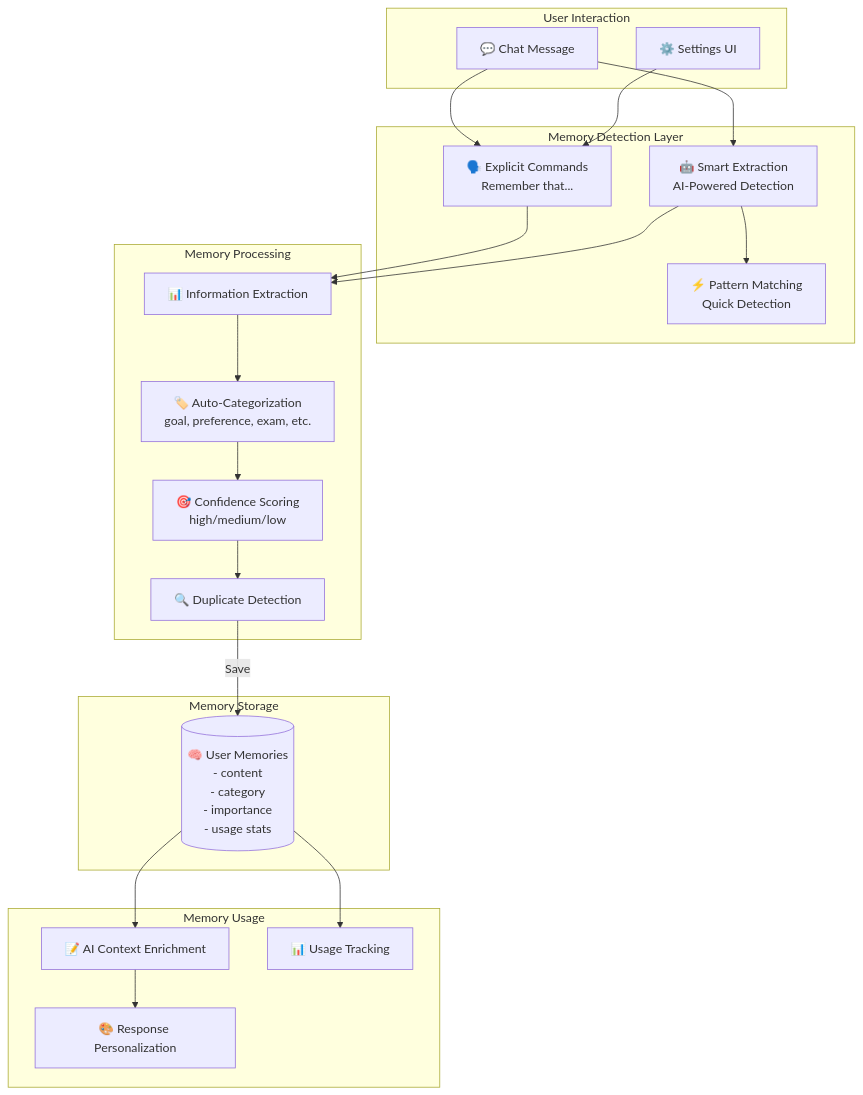
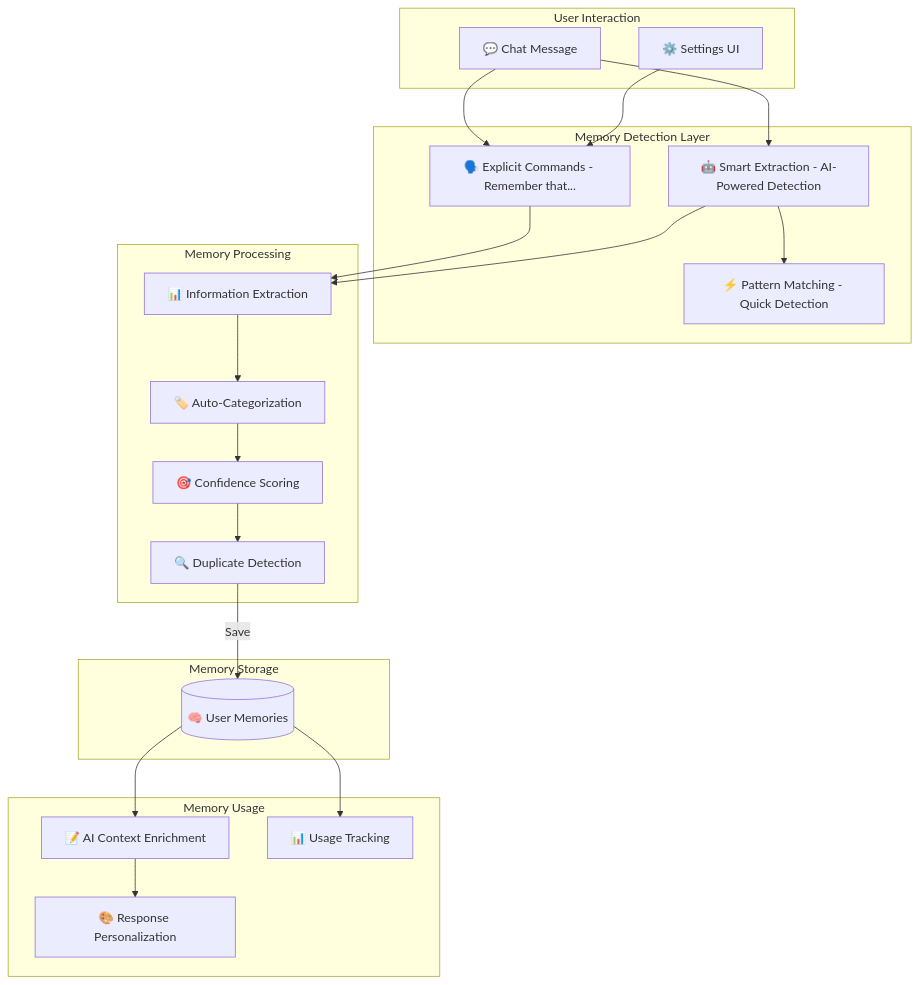
One commit to MANASMATHUR/Indicore-2.0-UPSC changed the third of 4 diagrams in docs/architecture.md. Above: the diagram before and after it, drawn with Mermaid. The commit also changed other lines of this file, not shown here.

Commit message:
Architecture update to resolve mermaid.js issues

````diff
--- a/docs/architecture.md
+++ b/docs/architecture.md
@@ -126,46 +126,46 @@
 ```mermaid
 graph TB
     subgraph "User Interaction"
-        Chat[💬 Chat Message]
-        UI[⚙️ Settings UI]
+        Chat["💬 Chat Message"]
+        UI["⚙️ Settings UI"]
     end
     
     subgraph "Memory Detection Layer"
-        Explicit[🗣️ Explicit Commands<br/>Remember that...]
-        Smart[🤖 Smart Extraction<br/>AI-Powered Detection]
-        Patterns[⚡ Pattern Matching<br/>Quick Detection]
+        Explicit["🗣️ Explicit Commands - Remember that..."]
+        Smart["🤖 Smart Extraction - AI-Powered Detection"]
+        Patterns["⚡ Pattern Matching - Quick Detection"]
     end
     
     subgraph "Memory Processing"
-        Extract[📊 Information Extraction]
-        Category[🏷️ Auto-Categorization<br/>goal, preference, exam, etc.]
-        Confidence[🎯 Confidence Scoring<br/>high/medium/low]
-        Duplicate[🔍 Duplicate Detection]
+        Extract["📊 Information Extraction"]
+        Category["🏷️ Auto-Categorization"]
+        Confidence["🎯 Confidence Scoring"]
+        Duplicate["🔍 Duplicate Detection"]
     end
     
     subgraph "Memory Storage"
-        MemoryDB[(🧠 User Memories<br/>- content<br/>- category<br/>- importance<br/>- usage stats)]
+        MemoryDB[("🧠 User Memories")]
     end
     
     subgraph "Memory Usage"
-        Context[📝 AI Context Enrichment]
-        Personalize[🎨 Response Personalization]
-        Analytics[📊 Usage Tracking]
+        Context["📝 AI Context Enrichment"]
+        Personalize["🎨 Response Personalization"]
+        Analytics["📊 Usage Tracking"]
     end
     
     Chat --> Explicit & Smart
     UI --> Explicit
     
     Explicit --> Extract
     Smart --> Patterns & Extract
     
     Extract --> Category
     Category --> Confidence
     Confidence --> Duplicate
     
     Duplicate -->|Save| MemoryDB
     
     MemoryDB --> Context
     Context --> Personalize
     MemoryDB --> Analytics
 ```
````
